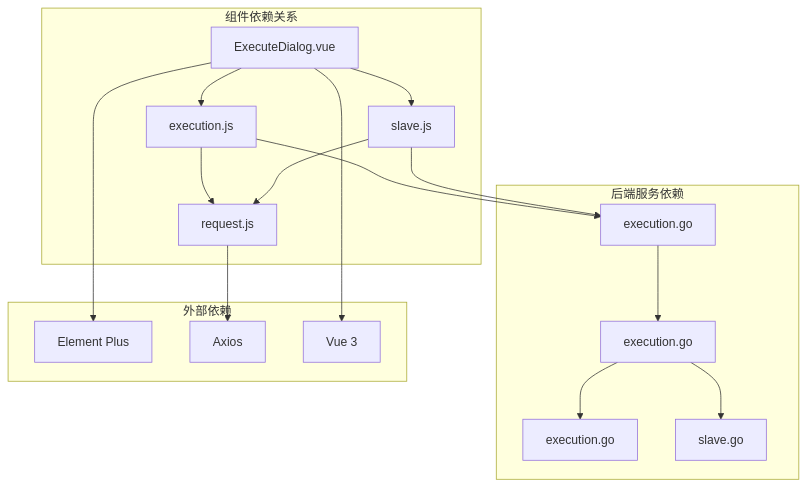
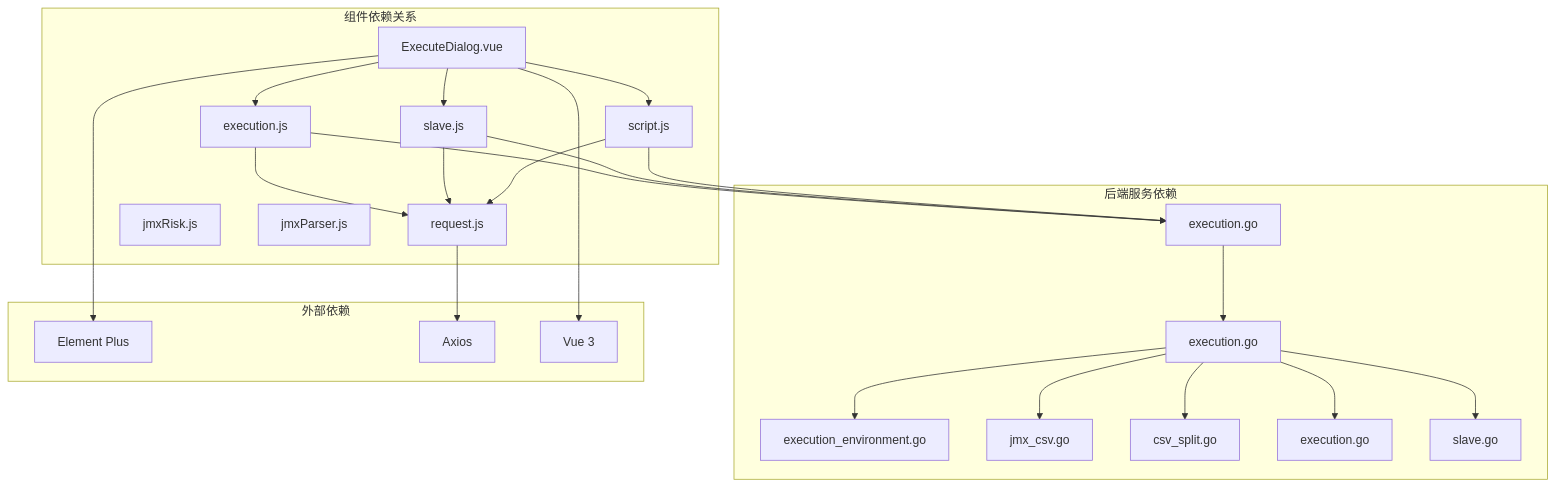
The tenth of 10 diagrams in .qoder/repowiki/zh/content/前端组件详解/执行对话框组件.md (Liyuhao02/Jmeter-Admin), drawn with Mermaid before and after one commit. The commit also changed other lines of this file and 7 other files, not shown here.

````diff
--- a/.qoder/repowiki/zh/content/前端组件详解/执行对话框组件.md
+++ b/.qoder/repowiki/zh/content/前端组件详解/执行对话框组件.md
@@ -365,32 +571,44 @@
 ```mermaid
 graph TB
 subgraph "组件依赖关系"
 ED[ExecuteDialog.vue]
 EA[execution.js]
 SA[slave.js]
+SC[script.js]
 RA[request.js]
+JR[jmxRisk.js]
+JP[jmxParser.js]
 end
 subgraph "后端服务依赖"
 EH[execution.go]
 ES[execution.go]
+EE[execution_environment.go]
+JC[jmx_csv.go]
+CS[csv_split.go]
 EM[execution.go]
 SM[slave.go]
 end
 subgraph "外部依赖"
 EP[Element Plus]
 AX[Axios]
 VUE[Vue 3]
 end
 ED --> EA
 ED --> SA
+ED --> SC
 EA --> RA
 SA --> RA
+SC --> RA
 RA --> AX
 ED --> EP
 ED --> VUE
 EA --> EH
 SA --> EH
+SC --> EH
 EH --> ES
+ES --> EE
+ES --> JC
+ES --> CS
 ES --> EM
 ES --> SM
 ```
````
